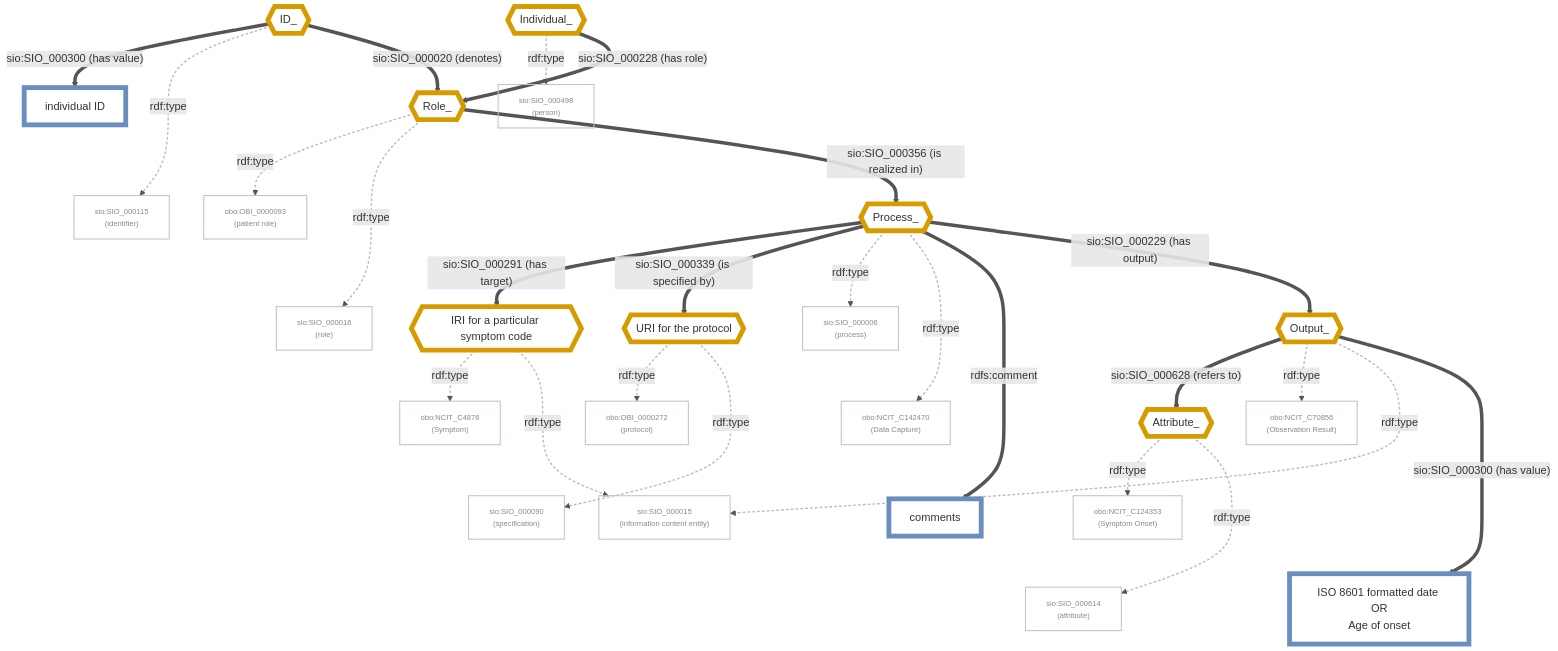
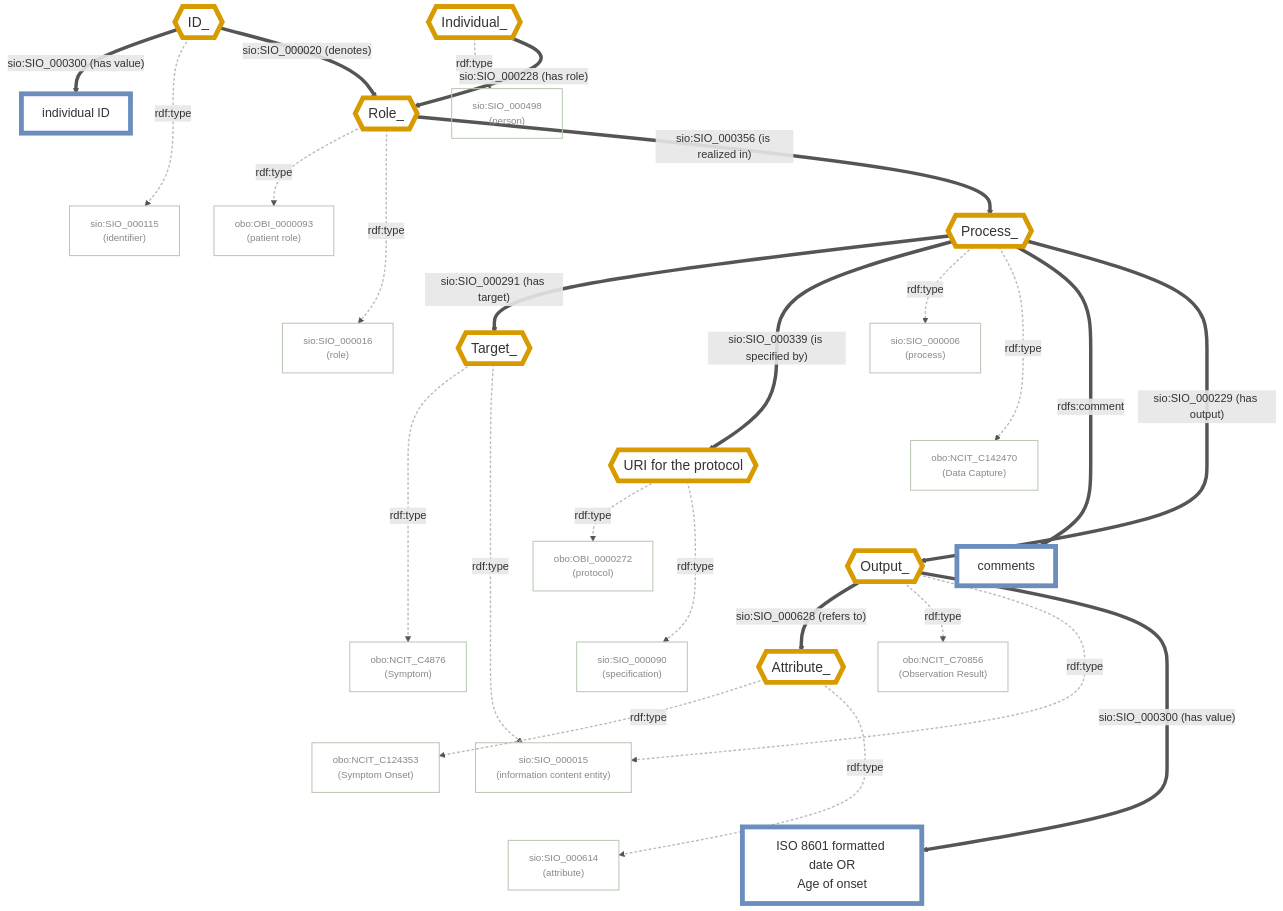
Before and after one commit to wilkinsonlab/CARE-Semantic-Model-Version-2: the diagram in diagrams/CARE-SM-obo-Symptoms_onset.md, drawn with Mermaid. The commit also changed 29 other files, not shown here.

````diff
--- a/diagrams/CARE-SM-obo-Symptoms_onset.md
+++ b/diagrams/CARE-SM-obo-Symptoms_onset.md
@@ -16,8 +16,8 @@
 ```mermaid
 flowchart TD
-    classDef usedInstance fill:#ffffff,stroke:#d79b00,stroke-width:7px,color:#333
-    classDef classNode fill:transparent,stroke:#b9c9b4,stroke-width:1.5px,color:#888,font-size:11px
-    classDef dataValue fill:#ffffff,stroke:#6c8ebf,stroke-width:7px,color:#333
+    classDef usedInstance fill:#ffffff,stroke:#d79b00,stroke-width:7px,color:#333,font-size:20px
+    classDef classNode fill:transparent,stroke:#b9c9b4,stroke-width:1.5px,color:#888,font-size:14px
+    classDef dataValue fill:#ffffff,stroke:#6c8ebf,stroke-width:7px,color:#333,font-size:18px
     linkStyle default stroke:#555,stroke-width:5px
 
     %% Instances
@@ -28,7 +28,7 @@
     Output_{{Output_}}:::usedInstance
     Attribute_{{Attribute_}}:::usedInstance
     URIProtocol{{"URI for the protocol"}}:::usedInstance
-    IRISymptomCode{{"IRI for a particular symptom code"}}:::usedInstance
+    Target_{{Target_}}:::usedInstance
 
     %% Classes
     SIO_000115["sio:SIO_000115<br/>(identifier)"]:::classNode
@@ -62,15 +62,15 @@
     Role_ -->|"rdf:type"| SIO_000016
     Role_ -->|"sio:SIO_000356 (is realized in)"| Process_
 
-    Process_ -->|"sio:SIO_000291 (has target)"| IRISymptomCode
+    Process_ -->|"sio:SIO_000291 (has target)"| Target_
     Process_ -->|"sio:SIO_000339 (is specified by)"| URIProtocol
     Process_ -->|"rdf:type"| SIO_000006
     Process_ -->|"rdf:type"| NCIT_C142470
     Process_ -->|"rdfs:comment"| Comments
     Process_ -->|"sio:SIO_000229 (has output)"| Output_
 
-    IRISymptomCode -->|"rdf:type"| NCIT_C4876
-    IRISymptomCode -->|"rdf:type"| SIO_000015
+    Target_ -->|"rdf:type"| NCIT_C4876
+    Target_ -->|"rdf:type"| SIO_000015
 
     URIProtocol -->|"rdf:type"| OBI_0000272
     URIProtocol -->|"rdf:type"| SIO_000090
@@ -83,7 +83,7 @@
     Attribute_ -->|"rdf:type"| NCIT_C124353
     Attribute_ -->|"rdf:type"| SIO_000614
 
-    %% Invisible layout-only chains (indices 24-32, hidden below) force siblings into one column
+    %% Invisible layout-only chains (indices 24-34, hidden below) force siblings into one column
     IndividualID ~~~ SIO_000115
     OBI_0000093 ~~~ SIO_000016
     SIO_000006 ~~~ NCIT_C142470 ~~~ Comments
@@ -92,7 +92,8 @@
     NCIT_C70856 ~~~ SIO_000015 ~~~ ISO8601OrAgeOnset
     NCIT_C124353 ~~~ SIO_000614
 
+    Target_ ~~~ URIProtocol ~~~ Output_
     %% rdf:type edges (indices 1,3,5,6,10,11,14,15,16,17,19,20,22,23) de-emphasized so the structural backbone stands out
     linkStyle 1,3,5,6,10,11,14,15,16,17,19,20,22,23 stroke:#bbb,stroke-width:2px,stroke-dasharray:4 3
-    linkStyle 24,25,26,27,28,29,30,31,32 stroke:none
+    linkStyle 24,25,26,27,28,29,30,31,32,33,34 stroke:none
 ```
````
